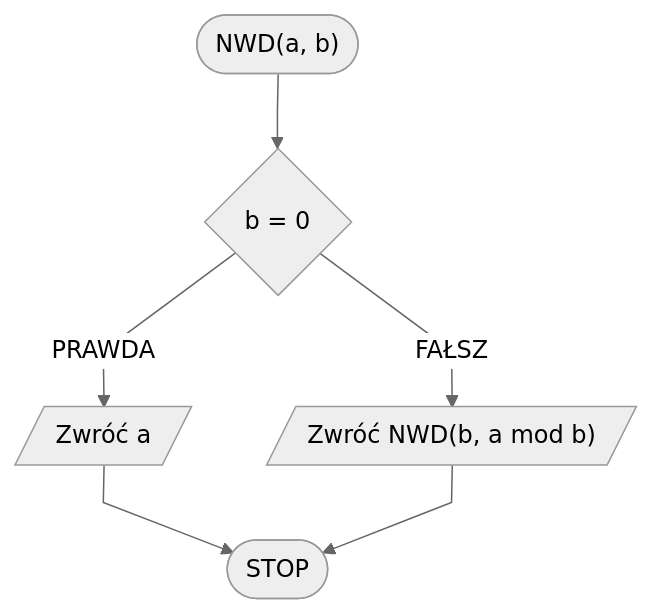
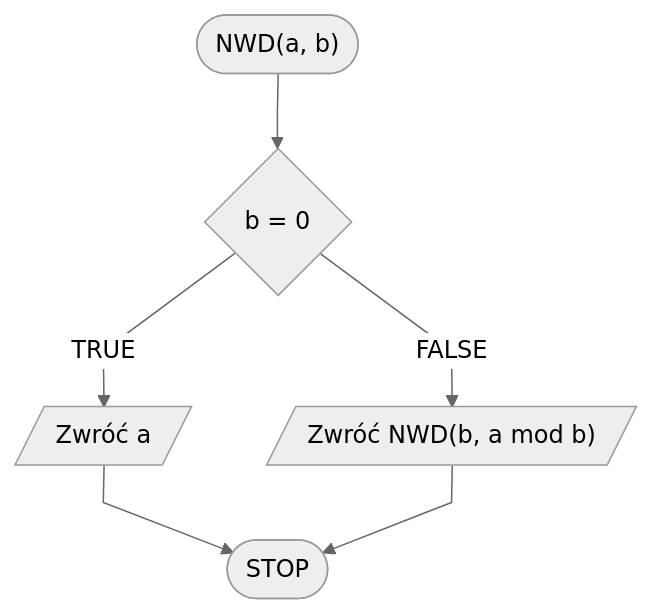
One commit to blackbat13/edu-cs-htiew-en changed the third of 3 diagrams in docs/algorithms/integers/gcd.md. Above: the diagram before and after it, drawn with Mermaid. The commit also changed other lines of this file and 682 other files, not shown here.

````diff
--- a/docs/algorithms/integers/gcd.md
+++ b/docs/algorithms/integers/gcd.md
@@ -210,9 +210,9 @@
 ```mermaid
 %%{init: {"flowchart": {"curve": "linear"}, "theme": "neutral"} }%%
 flowchart TD
 	START(["NWD(a, b)"]) --> K1{b = 0}
-	K1 -- PRAWDA --> K2[/Zwróć a/]
+	K1 -- TRUE --> K2[/Zwróć a/]
 	K2 --> STOP([STOP])
-	K1 -- FAŁSZ --> K3[/"Zwróć NWD(b, a mod b)"/]
+	K1 -- FALSE --> K3[/"Zwróć NWD(b, a mod b)"/]
 	K3 --> STOP
 ```
````
